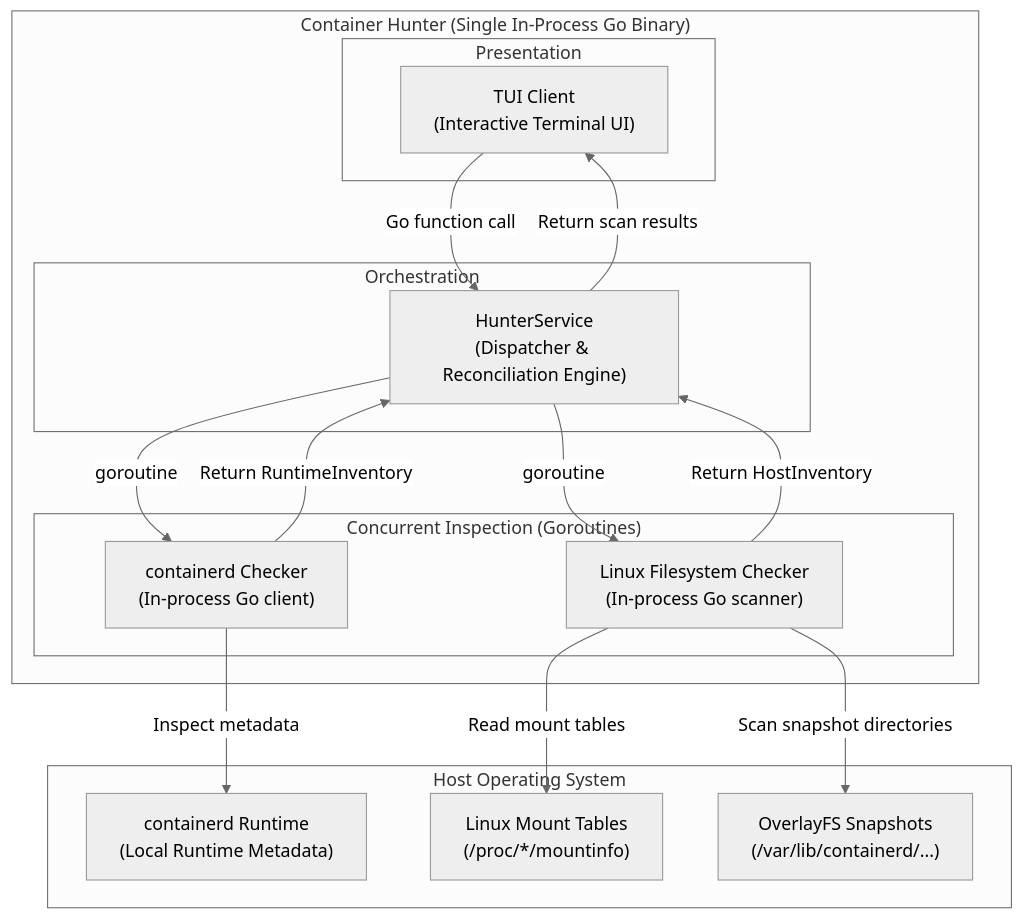
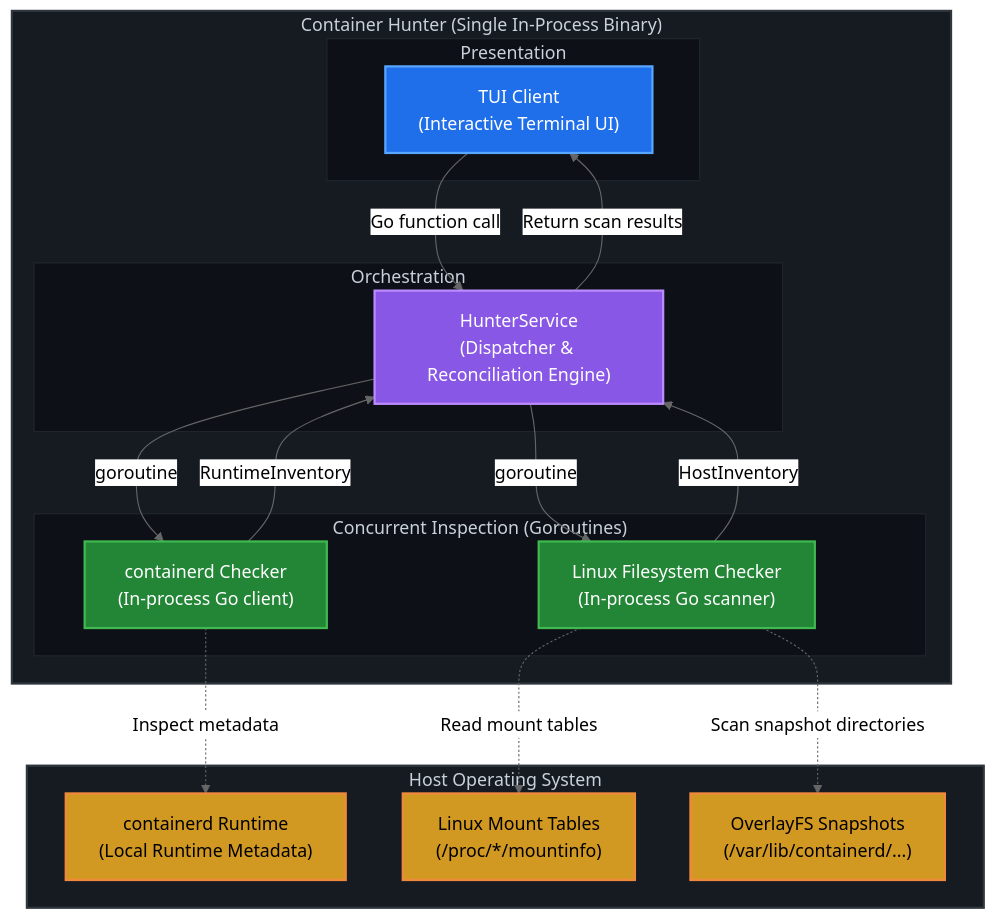
One commit to drumilbhati/container-hunter changed the first of 2 diagrams in docs/architecture.md. Above: the diagram before and after it, drawn with Mermaid (neutral theme). The commit also changed other lines of this file, not shown here.

Commit message:
Enhance Architecture Diagrams with Styling and Flow Details

````diff
--- a/docs/architecture.md
+++ b/docs/architecture.md
@@ -9,36 +9,49 @@
 ```mermaid
 flowchart TD
-    subgraph App["Container Hunter (Single In-Process Go Binary)"]
+    %% Styling Classes
+    classDef client fill:#1f6feb,stroke:#58a6ff,stroke-width:2px,color:#ffffff;
+    classDef orch fill:#8957e5,stroke:#bc8cff,stroke-width:2px,color:#ffffff;
+    classDef checker fill:#238636,stroke:#3fb950,stroke-width:2px,color:#ffffff;
+    classDef target fill:#d29922,stroke:#f0883e,stroke-width:2px,color:#000000;
+
+    subgraph App["Container Hunter (Single In-Process Binary)"]
         subgraph Presentation["Presentation"]
-            TUI["TUI Client\n(Interactive Terminal UI)"]
+            TUI["TUI Client\n(Interactive Terminal UI)"]:::client
         end
 
         subgraph Orchestration["Orchestration"]
-            HS["HunterService\n(Dispatcher & Reconciliation Engine)"]
+            HS["HunterService\n(Dispatcher & Reconciliation Engine)"]:::orch
         end
 
         subgraph Inspection["Concurrent Inspection (Goroutines)"]
-            CC["containerd Checker\n(In-process Go client)"]
-            FC["Linux Filesystem Checker\n(In-process Go scanner)"]
+            CC["containerd Checker\n(In-process Go client)"]:::checker
+            FC["Linux Filesystem Checker\n(In-process Go scanner)"]:::checker
         end
     end
 
     subgraph Host["Host Operating System"]
-        CD["containerd Runtime\n(Local Runtime Metadata)"]
-        PROC["Linux Mount Tables\n(/proc/*/mountinfo)"]
-        FS["OverlayFS Snapshots\n(/var/lib/containerd/...)"]
+        CD["containerd Runtime\n(Local Runtime Metadata)"]:::target
+        PROC["Linux Mount Tables\n(/proc/*/mountinfo)"]:::target
+        FS["OverlayFS Snapshots\n(/var/lib/containerd/...)"]:::target
     end
 
+    %% Interactions
     TUI -->|"Go function call"| HS
     HS -->|"Return scan results"| TUI
 
     HS -->|"goroutine"| CC
     HS -->|"goroutine"| FC
 
-    CC -->|"Return RuntimeInventory"| HS
-    FC -->|"Return HostInventory"| HS
+    CC -->|"RuntimeInventory"| HS
+    FC -->|"HostInventory"| HS
 
-    CC -->|"Inspect metadata"| CD
-    FC -->|"Read mount tables"| PROC
-    FC -->|"Scan snapshot directories"| FS
+    CC -.->|"Inspect metadata"| CD
+    FC -.->|"Read mount tables"| PROC
+    FC -.->|"Scan snapshot directories"| FS
+
+    style App fill:#161b22,stroke:#30363d,stroke-width:2px,color:#c9d1d9
+    style Host fill:#161b22,stroke:#30363d,stroke-width:2px,color:#c9d1d9
+    style Presentation fill:#0d1117,stroke:#21262d,stroke-width:1px,color:#c9d1d9
+    style Orchestration fill:#0d1117,stroke:#21262d,stroke-width:1px,color:#c9d1d9
+    style Inspection fill:#0d1117,stroke:#21262d,stroke-width:1px,color:#c9d1d9
 ```
````
